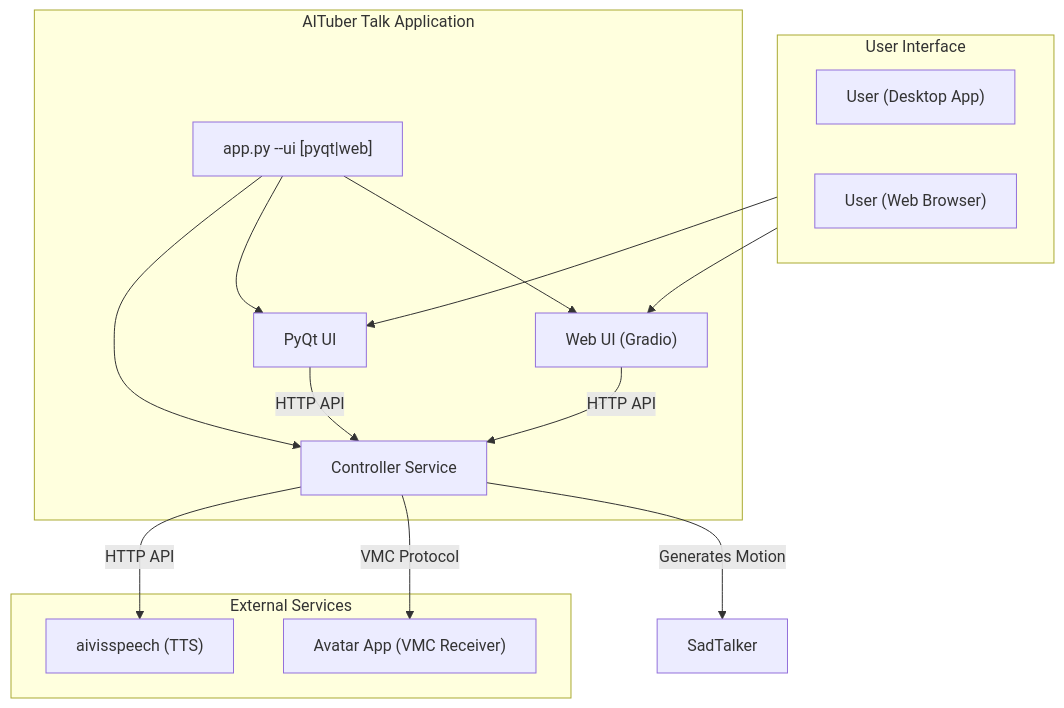
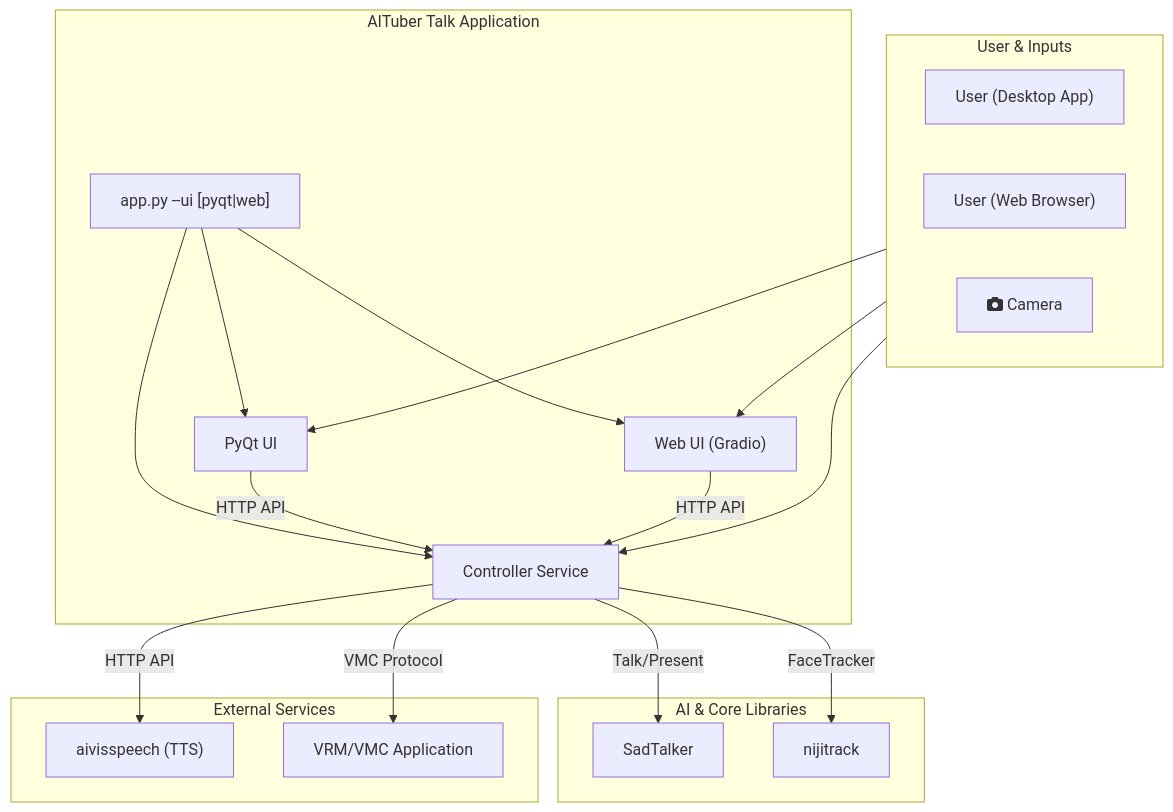
Before and after one commit to seagetch/aituber-talk: the diagram in README.md, drawn with Mermaid. The commit also changed other lines of this file, not shown here.

````diff
--- a/README.md
+++ b/README.md
@@ -35,34 +36,42 @@
 ```mermaid
 flowchart TD
-    subgraph User Interface
+    subgraph User & Inputs
         direction LR
         user_desktop["User (Desktop App)"]
         user_web["User (Web Browser)"]
+        camera[fa:fa-camera Camera]
     end
 
     subgraph AITuber Talk Application
         app_py["app.py --ui [pyqt|web]"]
         controller["Controller Service"]
         pyqt_ui["PyQt UI"]
         web_ui["Web UI (Gradio)"]
     end
 
+    subgraph AI & Core Libraries
+        sadtalker["SadTalker"]
+        nijitrack["nijitrack"]
+    end
+
     subgraph External Services
         aivisspeech["aivisspeech (TTS)"]
-        vmc_receiver["Avatar App (VMC Receiver)"]
+        vmc_app["VRM/VMC Application"]
     end
 
     user_desktop --> pyqt_ui
     user_web --> web_ui
+    camera --> controller
 
     app_py --> controller
     app_py --> pyqt_ui
     app_py --> web_ui
 
     pyqt_ui -->|HTTP API| controller
     web_ui -->|HTTP API| controller
 
-    controller -->|Generates Motion| SadTalker
+    controller -->|Talk/Present| sadtalker
+    controller -->|FaceTracker| nijitrack
     controller -->|HTTP API| aivisspeech
-    controller -->|VMC Protocol| vmc_receiver
+    controller -->|VMC Protocol| vmc_app
 ```
````
